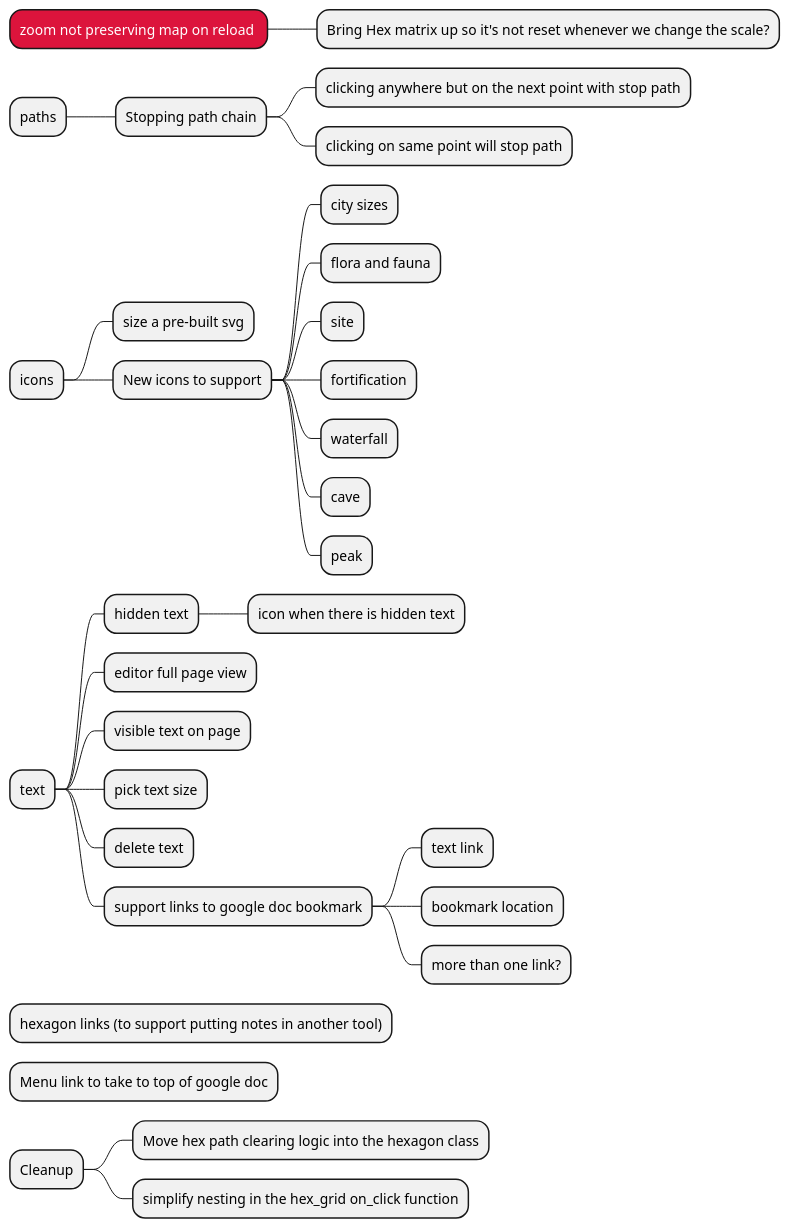
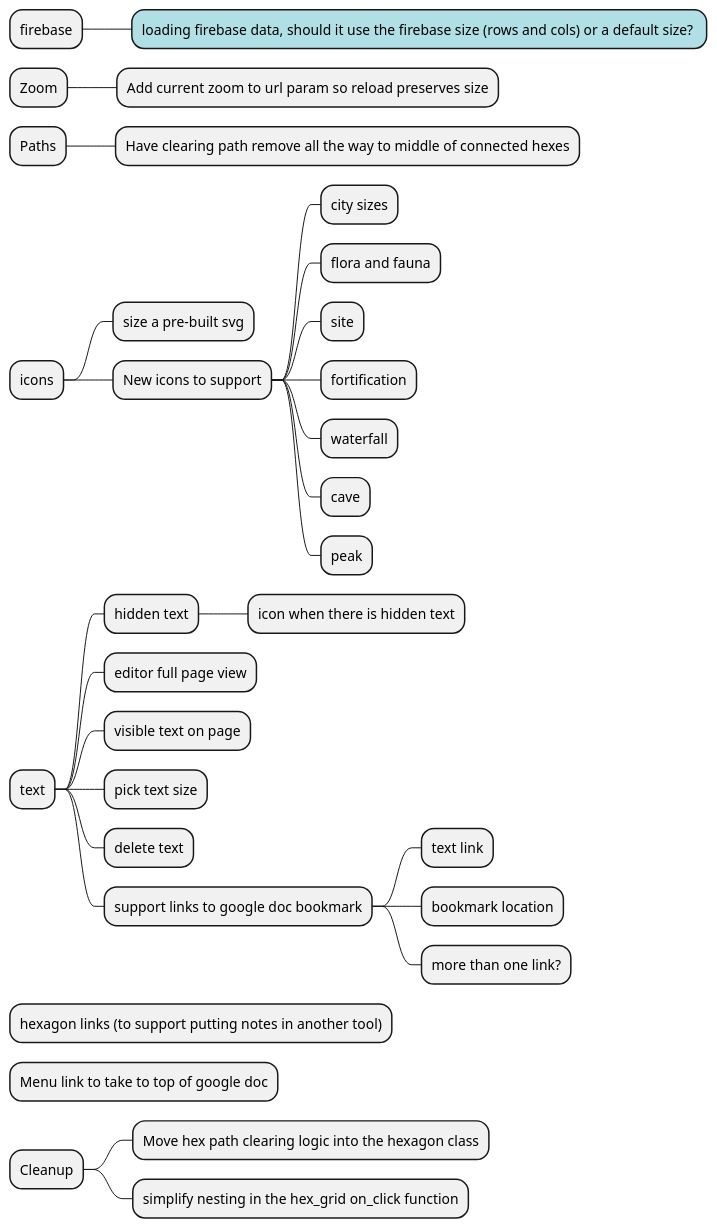
One commit to rpg-gen/rpg-gen.github.io changed the diagram in todo.puml. Above: the diagram before and after it, drawn with PlantUML. The commit also changed 6 other files, not shown here.

```diff
--- a/todo.puml
+++ b/todo.puml
@@ -1,85 +1,86 @@
 @startmindmap
 
 <style>
-MindmapDiagram {
+  MindmapDiagram {
 
-  .bug {
-    BackgroundColor: Crimson
-    FontColor: White
+    .bug {
+      BackgroundColor: Crimson
+      FontColor: White
+    }
+
+    .question {
+      BackgroundColor: PowderBlue
+    }
+
+    .ready {
+      BackgroundColor: YellowGreen
+      FontColor: Black
+    }
+
+    .report {
+      BackgroundColor: SlateGrey
+      FontColor: White
+    }
+
+    .backlog * {
+      BackgroundColor: Ivory
+      FontColor: Grey
+      LineColor: Lavender
+    }
+
+    .hold * {
+      BackgroundColor: GoldenRod
+      FontColor: Black
+    }
+
+    .priority {
+      BackgroundColor: MediumVioletRed
+      FontColor: White
+    }
+
+    .info * {
+      BackgroundColor: LemonChiffon
+    }
   }
-
-  .question {
-    BackgroundColor: PowderBlue
-  }
-
-  .ready {
-    BackgroundColor: YellowGreen
-    FontColor: Black
-  }
-
-  .report {
-    BackgroundColor: SlateGrey
-    FontColor: White
-  }
-
-  .backlog * {
-    BackgroundColor: Ivory
-    FontColor: Grey
-    LineColor: Lavender
-  }
-
-  .hold * {
-    BackgroundColor: GoldenRod
-    FontColor: Black
-  }
-
-  .priority {
-    BackgroundColor: MediumVioletRed
-    FontColor: White
-  }
-
-  .info * {
-    BackgroundColor: LemonChiffon
-  }
-}
 </style>
 
-* zoom not preserving map on reload <<bug>>
-** Bring Hex matrix up so it's not reset whenever we change the scale?
+* firebase
+** loading firebase data, should it use the firebase size (rows and cols) or a default size? <<question>>
 
-* paths
-** Stopping path chain
-*** clicking anywhere but on the next point with stop path
-*** clicking on same point will stop path
+* Zoom
+** Add current zoom to url param so reload preserves size
+
+* Paths
+** Have clearing path remove all the way to middle of connected hexes
 
 * icons
 ** size a pre-built svg
 ** New icons to support
 *** city sizes
 *** flora and fauna
 *** site
 *** fortification
 *** waterfall
 *** cave
 *** peak
 
 * text
 ** hidden text
 *** icon when there is hidden text
 ** editor full page view
 ** visible text on page
 ** pick text size
 ** delete text
 ** support links to google doc bookmark
 *** text link
 *** bookmark location
 *** more than one link?
 
 * hexagon links (to support putting notes in another tool)
 * Menu link to take to top of google doc
 
 * Cleanup
 ** Move hex path clearing logic into the hexagon class
 ** simplify nesting in the hex_grid on_click function
 
 @endmindmap
```
